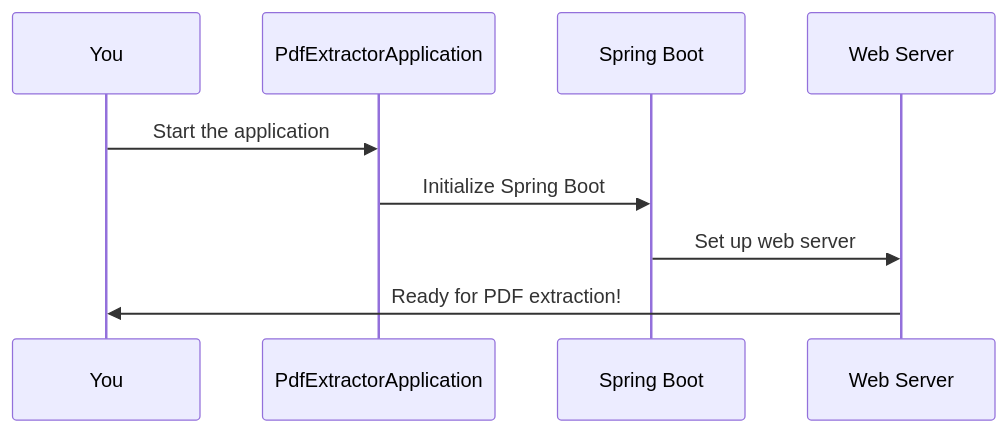
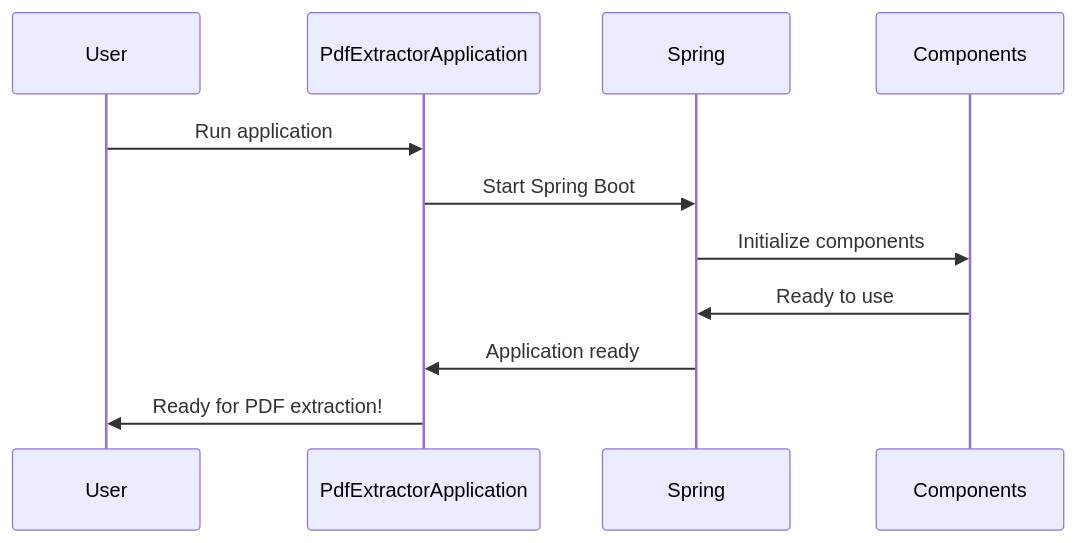
The second of 7 diagrams in README.md (dygavieta/NewRepo), drawn with Mermaid before and after one commit. The commit also changed other lines of this file, not shown here.

````diff
--- a/README.md
+++ b/README.md
@@ -98,12 +100,14 @@
 ```mermaid
 sequenceDiagram
-    participant User as You
-    participant App as PdfExtractorApplication
-    participant Spring as Spring Boot
-    participant Web as Web Server
-    
-    User->>App: Start the application
-    App->>Spring: Initialize Spring Boot
-    Spring->>Web: Set up web server
-    Web->>User: Ready for PDF extraction!
+    participant User
+    participant PdfExtractorApplication
+    participant Spring
+    participant Components
+
+    User->>PdfExtractorApplication: Run application
+    PdfExtractorApplication->>Spring: Start Spring Boot
+    Spring->>Components: Initialize components
+    Components->>Spring: Ready to use
+    Spring->>PdfExtractorApplication: Application ready
+    PdfExtractorApplication->>User: Ready for PDF extraction!
 ```
````
